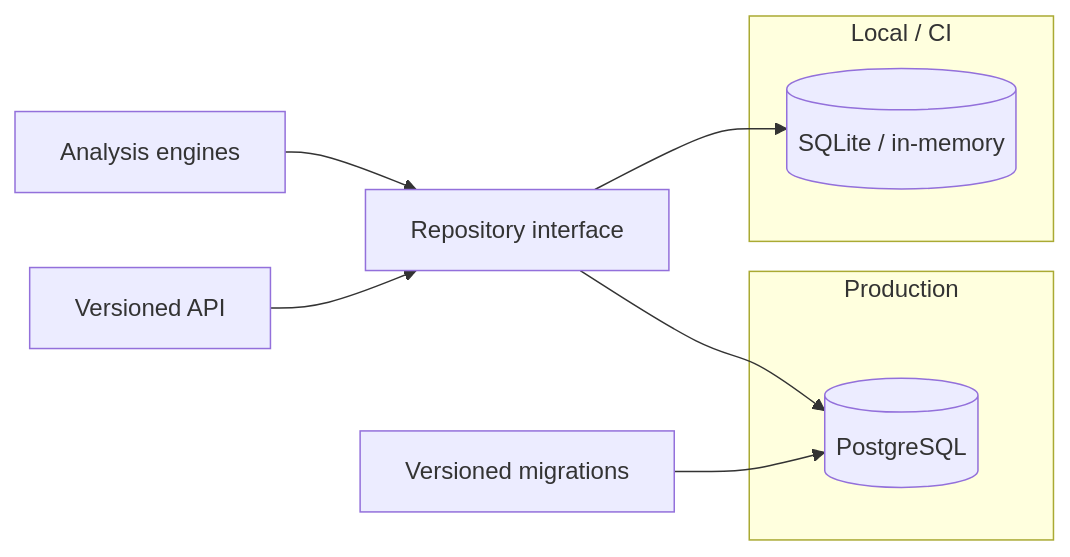
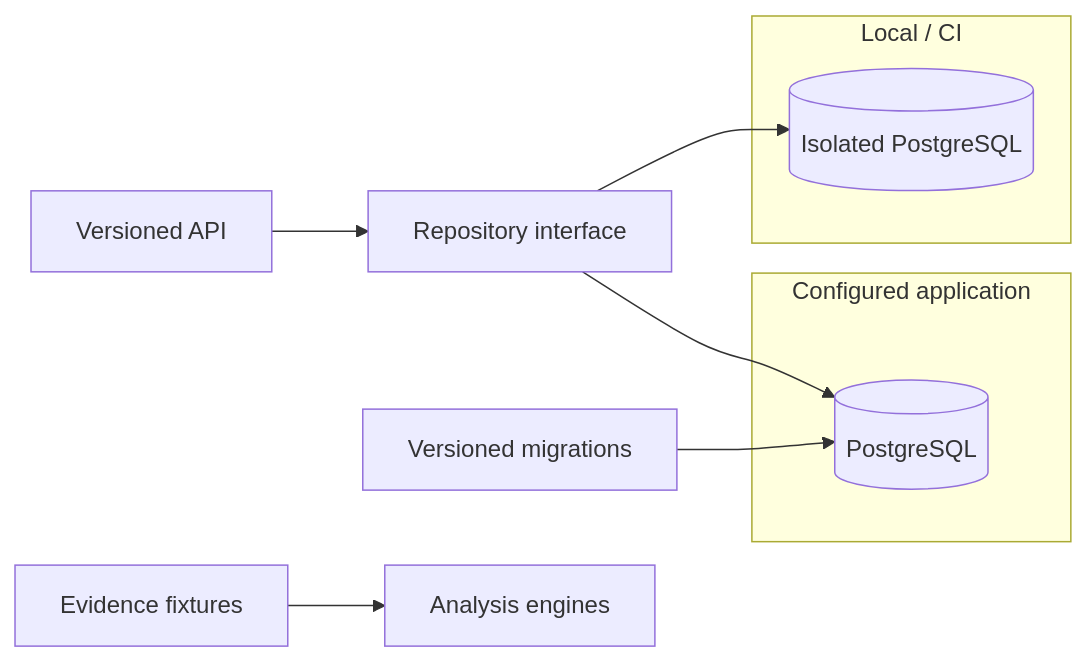
One commit to Ciprian-LocalPulse/OpenLongevityLab changed the diagram in docs/academic/23-persistence-architecture.md. Above: the diagram before and after it, drawn with Mermaid. The commit also changed other lines of this file and 85 other files, not shown here.

````diff
--- a/docs/academic/23-persistence-architecture.md
+++ b/docs/academic/23-persistence-architecture.md
@@ -7,14 +49,14 @@
 ```mermaid
 flowchart LR
-  subgraph Prod[Production]
+  subgraph Prod[Configured application]
     PG[(PostgreSQL)]
   end
   subgraph Test[Local / CI]
-    SQLITE[(SQLite / in-memory)]
+    TESTPG[(Isolated PostgreSQL)]
   end
   REPO[Repository interface] --> PG
-  REPO --> SQLITE
+  REPO --> TESTPG
   MIG[Versioned migrations] --> PG
-  ENGINES[Analysis engines] --> REPO
+  FIX[Evidence fixtures] --> ENGINES[Analysis engines]
   API[Versioned API] --> REPO
 ```
````
